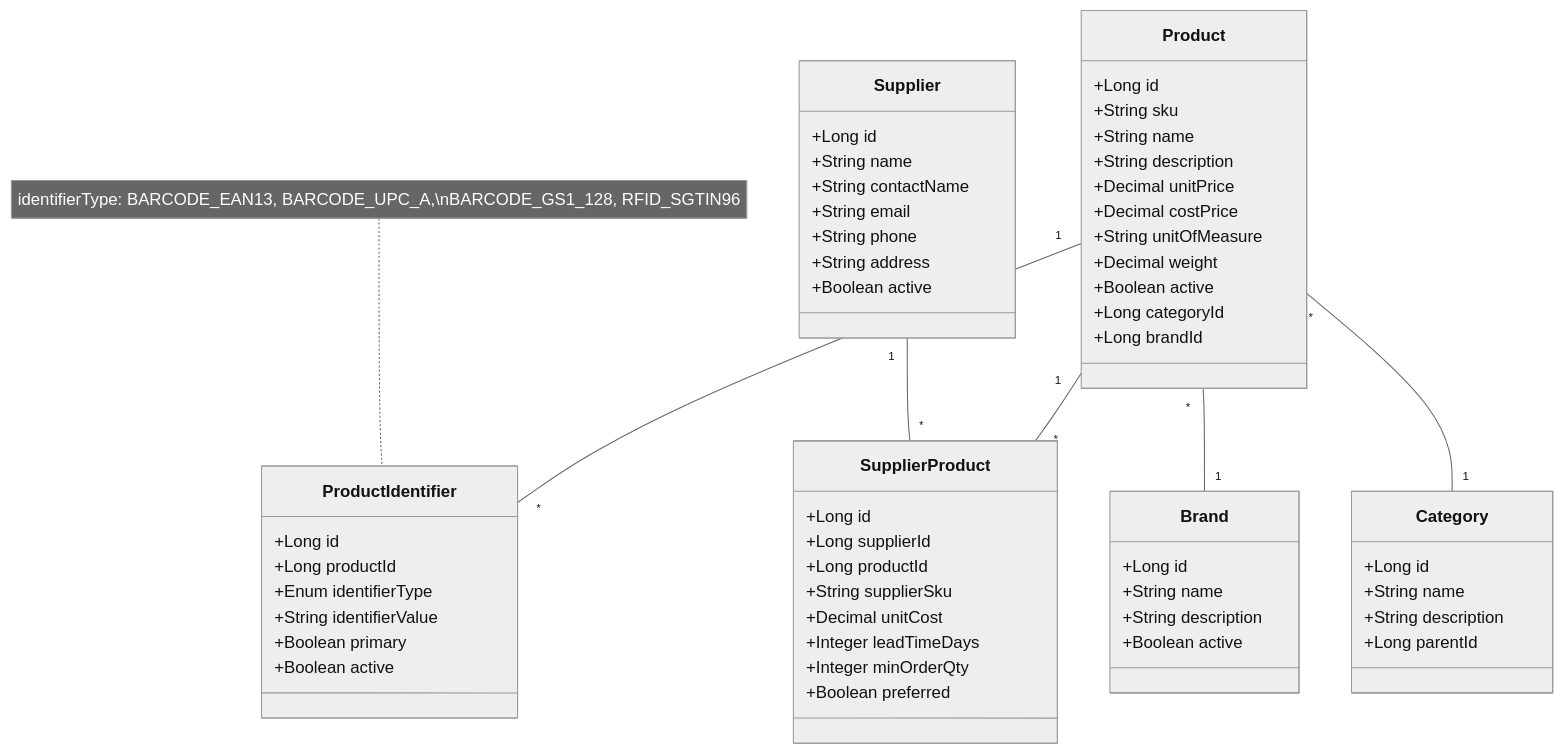
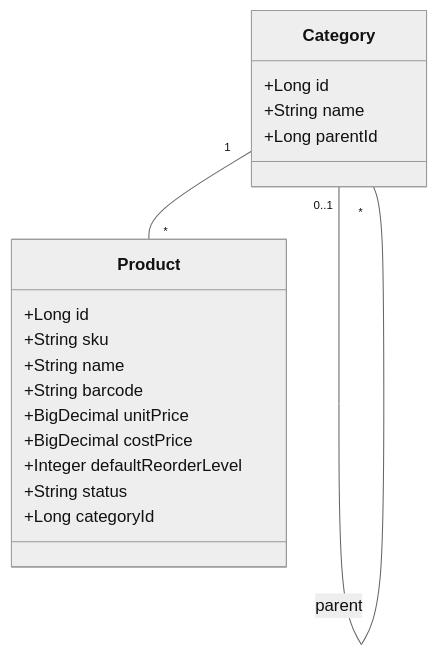
One commit to kirtika-0102/StockSmart changed the second of 9 diagrams in docs/class-diagram.md. Above: the diagram before and after it, drawn with Mermaid (neutral theme). The commit also changed other lines of this file and 74 other files, not shown here.

Commit message:
architecture of application

````diff
--- a/docs/class-diagram.md
+++ b/docs/class-diagram.md
@@ -40,68 +29,21 @@
 ```mermaid
 classDiagram
+    class Category {
+        +Long id
+        +String name
+        +Long parentId
+    }
     class Product {
         +Long id
         +String sku
         +String name
-        +String description
-        +Decimal unitPrice
-        +Decimal costPrice
-        +String unitOfMeasure
-        +Decimal weight
-        +Boolean active
+        +String barcode
+        +BigDecimal unitPrice
+        +BigDecimal costPrice
+        +Integer defaultReorderLevel
+        +String status
         +Long categoryId
-        +Long brandId
     }
-
-    class Category {
-        +Long id
-        +String name
-        +String description
-        +Long parentId
-    }
-
-    class Brand {
-        +Long id
-        +String name
-        +String description
-        +Boolean active
-    }
-
-    class ProductIdentifier {
-        +Long id
-        +Long productId
-        +Enum identifierType
-        +String identifierValue
-        +Boolean primary
-        +Boolean active
-    }
-    
-    note for ProductIdentifier "identifierType: BARCODE_EAN13, BARCODE_UPC_A,\nBARCODE_GS1_128, RFID_SGTIN96"
-
-    class Supplier {
-        +Long id
-        +String name
-        +String contactName
-        +String email
-        +String phone
-        +String address
-        +Boolean active
-    }
-
-    class SupplierProduct {
-        +Long id
-        +Long supplierId
-        +Long productId
-        +String supplierSku
-        +Decimal unitCost
-        +Integer leadTimeDays
-        +Integer minOrderQty
-        +Boolean preferred
-    }
-
-    Product "*" -- "1" Category
-    Product "*" -- "1" Brand
-    Product "1" -- "*" ProductIdentifier
-    Supplier "1" -- "*" SupplierProduct
-    Product "1" -- "*" SupplierProduct
+    Category "1" -- "*" Product
+    Category "0..1" -- "*" Category : parent
 ```
````
